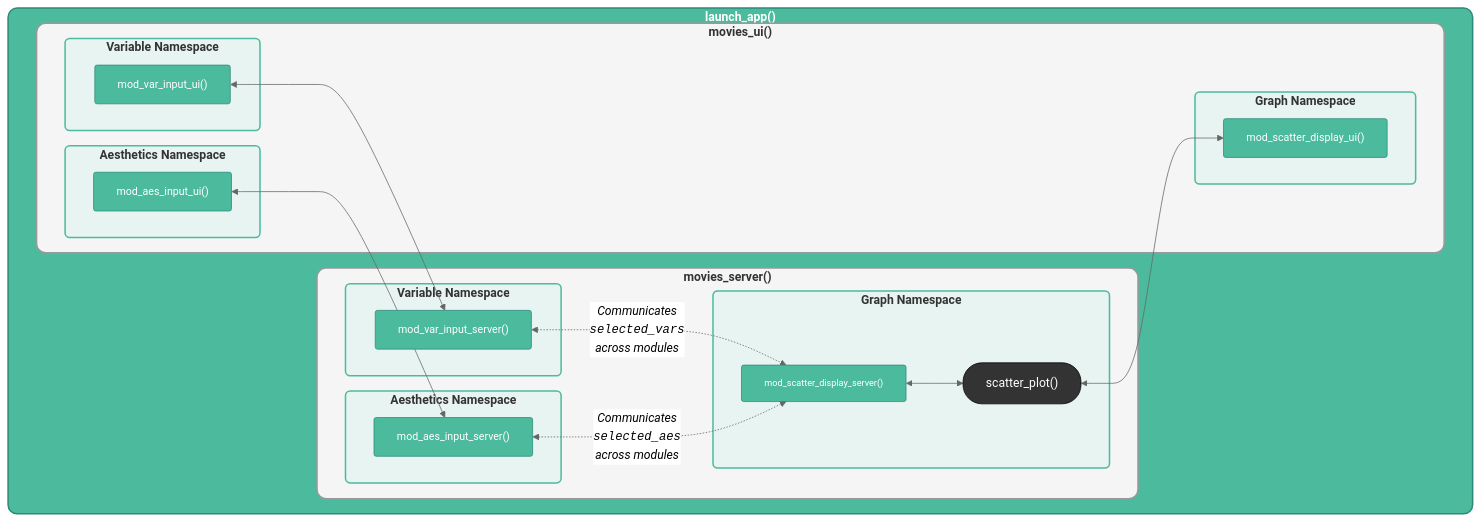
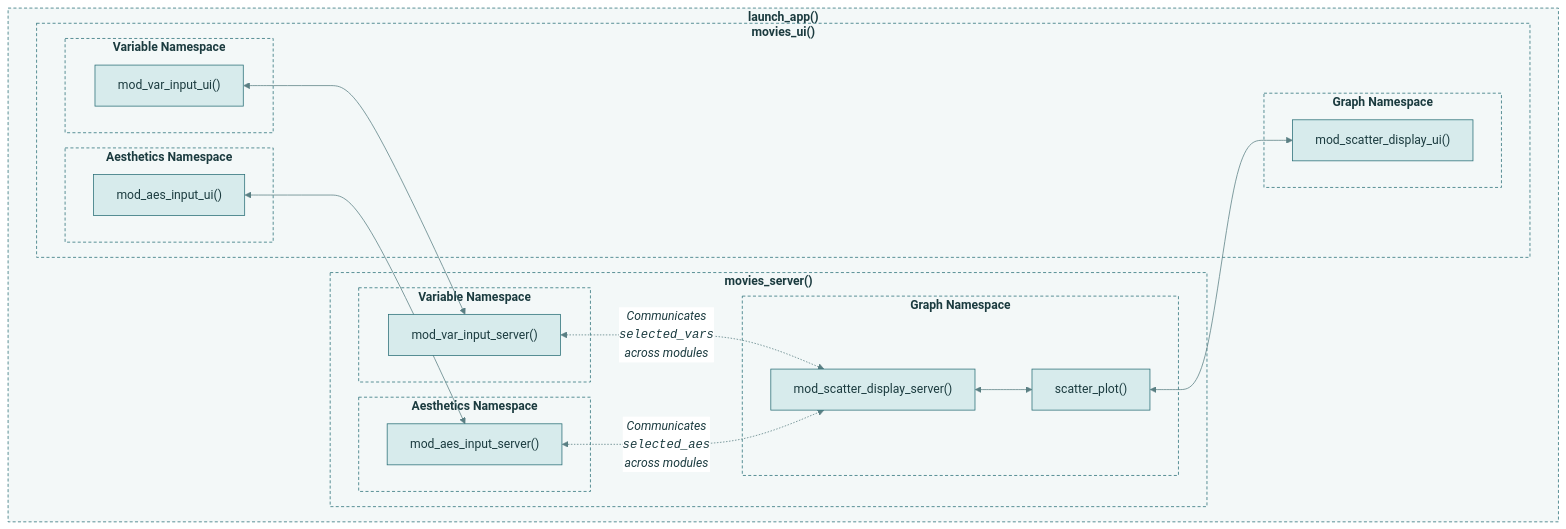
The second of 2 diagrams in logging.qmd (mjfrigaard/shiny-app-pkgs), drawn with Mermaid before and after one commit. The commit also changed other lines of this file and 22 other files, not shown here.

First line of the commit message:
Standardize mermaid diagrams on the site teal palette

````diff
--- a/logging.qmd
+++ b/logging.qmd
@@ -782,64 +776,63 @@
 ```{mermaid}
 %%| fig-align: center
 %%| fig-cap: 'Primary `launch_app()` app'
-%%{init: {'theme': 'neutral', 'themeVariables': { 'fontFamily': 'monospace', "fontSize":"16px"}}}%%
+%%{init: {'theme': 'base', 'themeVariables': { 'fontFamily': 'monospace', "fontSize":"16px", "primaryColor":"#D7EBEC", "primaryTextColor":"#1B3B3F", "primaryBorderColor":"#2A6F77", "lineColor":"#5A7F83", "edgeLabelBackground":"#FFFFFF", "clusterBkg":"#F3F8F8", "clusterBorder":"#2A6F77", "darkMode":false}}}%%
 flowchart TD
     subgraph Launch["<strong>launch_app()</strong>"]
         subgraph Server["<strong>movies_server()</strong>"]
             subgraph VarServerNS["<strong>Variable Namespace<strong>"]
                 VarInpuServer["mod_var_input_server()"]
             end
             subgraph AesServerNS["<strong>Aesthetics Namespace<strong>"]
                 AesInpuServer["mod_aes_input_server()"]
             end
             subgraph GraphServerNS["<strong>Graph Namespace<strong>"]
                 DisplayServer["mod_scatter_display_server()"]
                 PlotUtil["scatter_plot()"]
             end
         end
         subgraph UI["<strong>movies_ui()</strong>"]
             subgraph VarUINS["<strong>Variable Namespace<strong>"]
                 VarInpuUI["mod_var_input_ui()"]
             end
             subgraph AesUINS["<strong>Aesthetics Namespace<strong>"]
                 AesInpuUI["mod_aes_input_ui()"]
             end
             subgraph GraphUINS["<strong>Graph Namespace<strong>"]
                 DisplayUI["mod_scatter_display_ui()"]
             end
         end
 
         VarInpuUI <--> VarInpuServer
         AesInpuUI <--> AesInpuServer
         DisplayServer <--> PlotUtil <--> DisplayUI
     end
 
     VarInpuServer <-.->|"<em>Communicates<br><code>selected_vars</code><br>across modules</em>"| DisplayServer
     AesInpuServer <-.->|"<em>Communicates<br><code>selected_aes</code><br>across modules</em>"| DisplayServer
 
     %% standalone app function
-    style Launch fill:#4CBB9D,color:#fff,stroke:#2d8a7a,stroke-width:2px,rx:12,ry:12
 
     %% modules
-    style VarInpuUI font-size:14px,color:#fff,fill:#4CBB9D,stroke:#2d8a7a,stroke-width:1px,rx:3,ry:3
-    style VarInpuServer font-size:14px,color:#fff,fill:#4CBB9D,stroke:#2d8a7a,stroke-width:1px,rx:3,ry:3
-    style AesInpuServer font-size:14px,color:#fff,fill:#4CBB9D,stroke:#2d8a7a,stroke-width:1px,rx:3,ry:3
-    style AesInpuUI font-size:14px,color:#fff,fill:#4CBB9D,stroke:#2d8a7a,stroke-width:1px,rx:3,ry:3
-    style DisplayServer font-size:12px,color:#fff,fill:#4CBB9D,stroke:#2d8a7a,stroke-width:1px,rx:3,ry:3
-    style DisplayUI font-size:14px,color:#fff,fill:#4CBB9D,stroke:#2d8a7a,stroke-width:1px,rx:3,ry:3
 
     %% Utility Functions
-    style PlotUtil fill:#333,color:#FFF,stroke:#000,stroke-width:1px,rx:25,ry:25
 
     %% namespaces
-    style VarServerNS fill:#e8f4f1,stroke:#4CBB9D,stroke-width:2px,rx:6,ry:6
-    style VarUINS fill:#e8f4f1,stroke:#4CBB9D,stroke-width:2px,rx:6,ry:6
-    style AesServerNS fill:#e8f4f1,stroke:#4CBB9D,stroke-width:2px,rx:6,ry:6
-    style AesUINS fill:#e8f4f1,stroke:#4CBB9D,stroke-width:2px,rx:6,ry:6
-    style GraphServerNS fill:#e8f4f1,stroke:#4CBB9D,stroke-width:2px,rx:6,ry:6
-    style GraphUINS fill:#e8f4f1,stroke:#4CBB9D,stroke-width:2px,rx:6,ry:6
 
     %% UI and Server
-    style Server fill:#f5f5f5,stroke:#999,stroke-width:2px,rx:12,ry:12
-    style UI fill:#f5f5f5,stroke:#999,stroke-width:2px,rx:12,ry:12
+
+    classDef term fill:#2A6F77,color:#FFFFFF,stroke:#1B4F55,stroke-width:1px
+    classDef step fill:#D7EBEC,color:#1B3B3F,stroke:#2A6F77,stroke-width:1px
+    classDef decision fill:#F4C26B,color:#3D2A00,stroke:#B7832B,stroke-width:1px
+    classDef io fill:#FFFFFF,color:#1B3B3F,stroke:#2A6F77,stroke-width:1px
+    class VarInpuServer,AesInpuServer,DisplayServer,PlotUtil,VarInpuUI,AesInpuUI,DisplayUI step
+    style Launch fill:#F3F8F8,color:#1B3B3F,stroke:#2A6F77,stroke-width:1px,stroke-dasharray:4 3
+    style Server fill:#F3F8F8,color:#1B3B3F,stroke:#2A6F77,stroke-width:1px,stroke-dasharray:4 3
+    style VarServerNS fill:#F3F8F8,color:#1B3B3F,stroke:#2A6F77,stroke-width:1px,stroke-dasharray:4 3
+    style AesServerNS fill:#F3F8F8,color:#1B3B3F,stroke:#2A6F77,stroke-width:1px,stroke-dasharray:4 3
+    style GraphServerNS fill:#F3F8F8,color:#1B3B3F,stroke:#2A6F77,stroke-width:1px,stroke-dasharray:4 3
+    style UI fill:#F3F8F8,color:#1B3B3F,stroke:#2A6F77,stroke-width:1px,stroke-dasharray:4 3
+    style VarUINS fill:#F3F8F8,color:#1B3B3F,stroke:#2A6F77,stroke-width:1px,stroke-dasharray:4 3
+    style AesUINS fill:#F3F8F8,color:#1B3B3F,stroke:#2A6F77,stroke-width:1px,stroke-dasharray:4 3
+    style GraphUINS fill:#F3F8F8,color:#1B3B3F,stroke:#2A6F77,stroke-width:1px,stroke-dasharray:4 3
 ```
````
